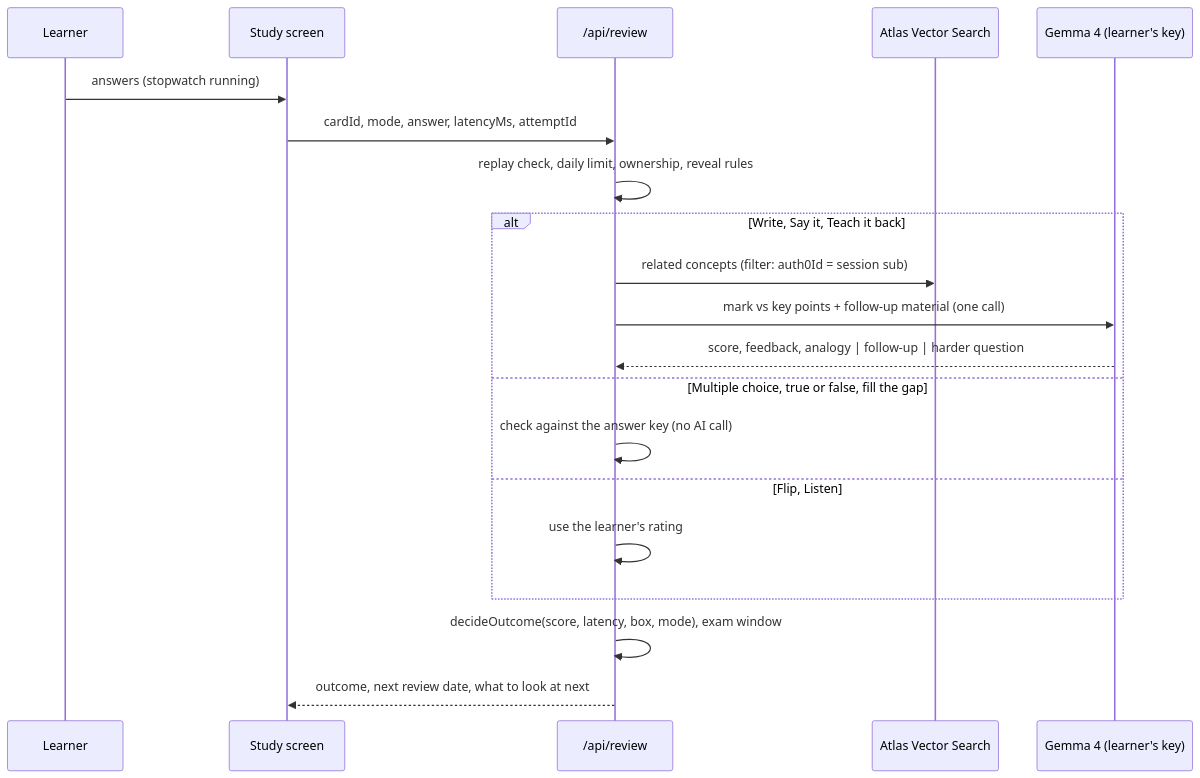
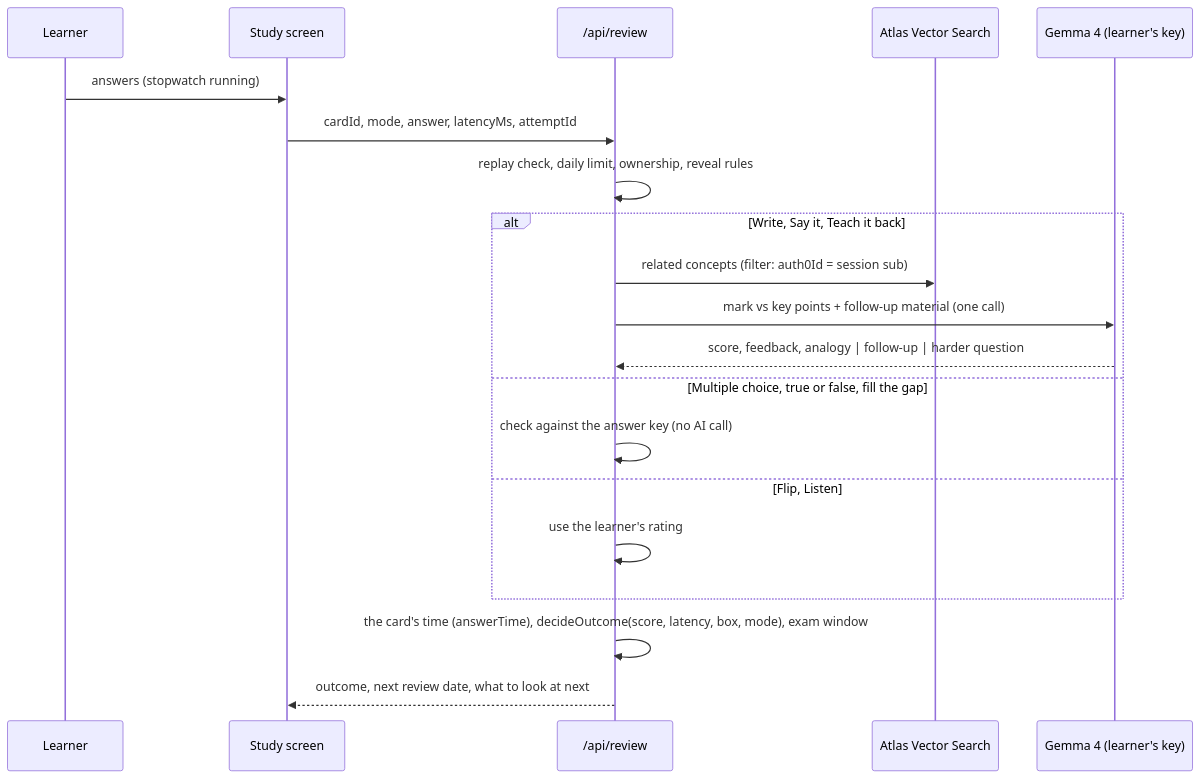
One commit to realarbird/Deep-Retrain changed the second of 2 diagrams in README.md. Above: the diagram before and after it, drawn with Mermaid. The commit also changed other lines of this file and 27 other files, not shown here.

````diff
--- a/README.md
+++ b/README.md
@@ -194,22 +222,22 @@
 ```mermaid
 sequenceDiagram
   participant U as Learner
   participant A as Study screen
   participant S as /api/review
   participant V as Atlas Vector Search
   participant G as Gemma 4 (learner's key)
   U->>A: answers (stopwatch running)
   A->>S: cardId, mode, answer, latencyMs, attemptId
   S->>S: replay check, daily limit, ownership, reveal rules
   alt Write, Say it, Teach it back
     S->>V: related concepts (filter: auth0Id = session sub)
     S->>G: mark vs key points + follow-up material (one call)
     G-->>S: score, feedback, analogy | follow-up | harder question
   else Multiple choice, true or false, fill the gap
     S->>S: check against the answer key (no AI call)
   else Flip, Listen
     S->>S: use the learner's rating
   end
-  S->>S: decideOutcome(score, latency, box, mode), exam window
+  S->>S: the card's time (answerTime), decideOutcome(score, latency, box, mode), exam window
   S-->>A: outcome, next review date, what to look at next
 ```
````
